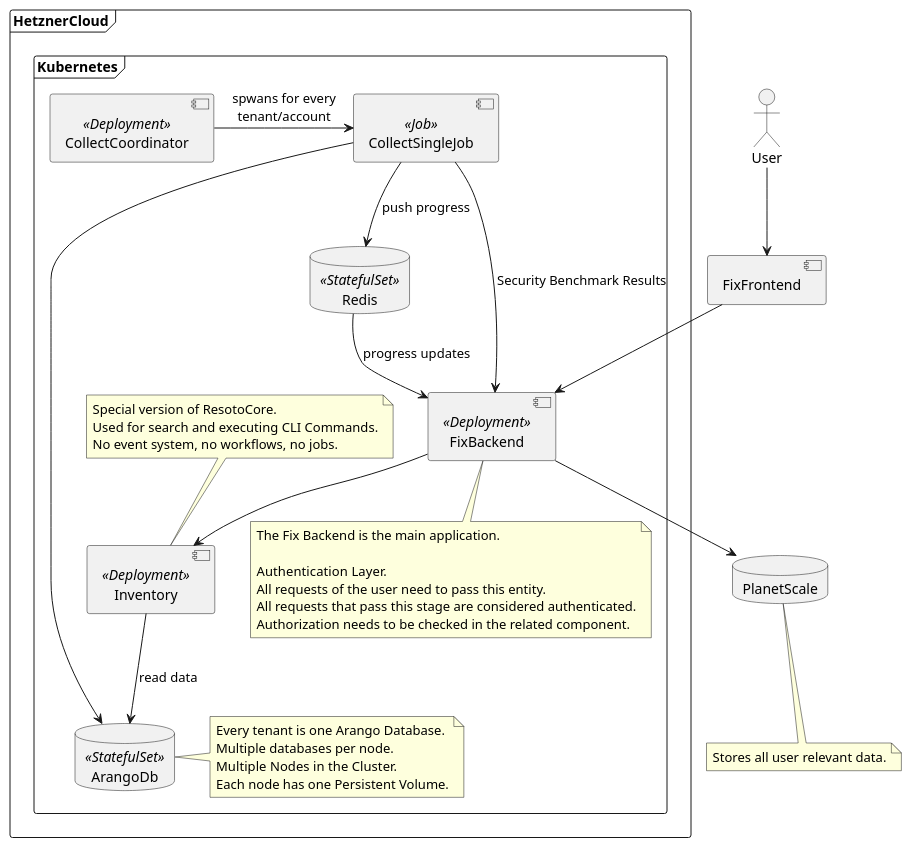
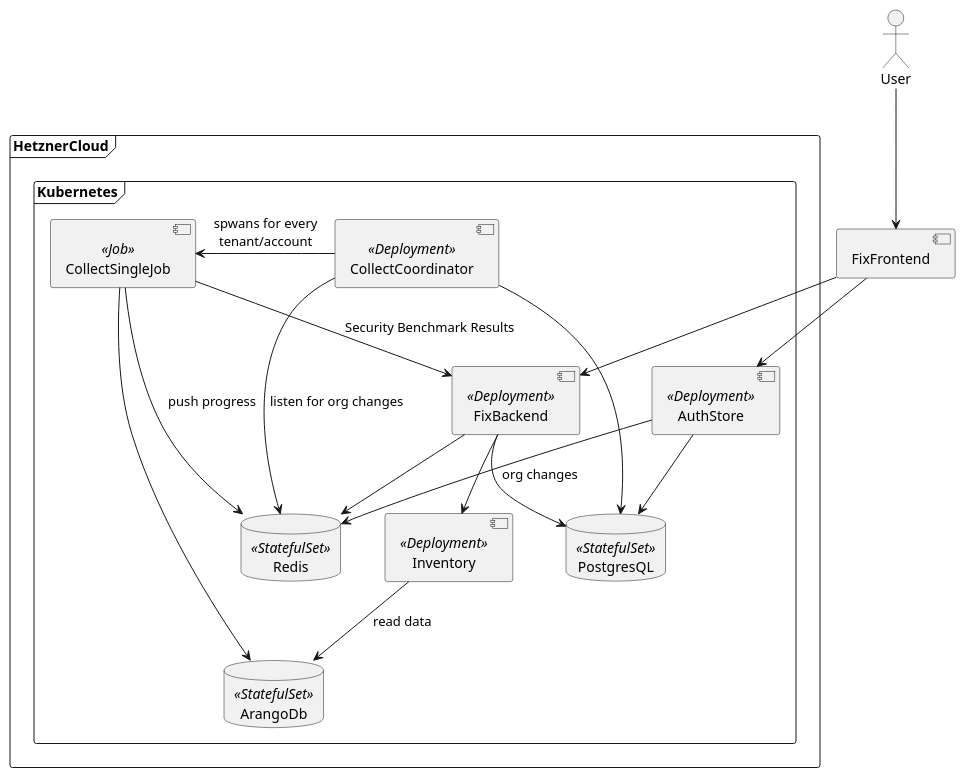
One commit to someengineering/fix-collect-coordinator changed the first of 2 diagrams in collect.puml. Above: the diagram before and after it, drawn with PlantUML. The commit also changed 4 other files, not shown here.

```diff
--- a/collect.puml
+++ b/collect.puml
@@ -1,67 +1,51 @@
 @startuml
 
 actor User
 
 component FixFrontend {
 }
 
 User --> FixFrontend
 
 
 frame HetznerCloud {
 
   frame Kubernetes {
 
+    component AuthStore <<Deployment>> {
+    }
     component FixBackend <<Deployment>> {
     }
-    note bottom of FixBackend
-      The Fix Backend is the main application.
-
-      Authentication Layer.
-      All requests of the user need to pass this entity.
-      All requests that pass this stage are considered authenticated.
-      Authorization needs to be checked in the related component.
-    end note
     component CollectCoordinator <<Deployment>> {
     }
     component CollectSingleJob <<Job>> {
     }
 
     database ArangoDb <<StatefulSet>> {
     }
-    note right of ArangoDb
-      Every tenant is one Arango Database.
-      Multiple databases per node.
-      Multiple Nodes in the Cluster.
-      Each node has one Persistent Volume.
-    end note
     database Redis <<StatefulSet>> {
+    }
+    database PostgresQL <<StatefulSet>> {
     }
     CollectCoordinator -> CollectSingleJob: spwans for every\ntenant/account
     CollectSingleJob --> ArangoDb
     CollectSingleJob --> Redis: push progress
     CollectSingleJob --> FixBackend: Security Benchmark Results
-    Redis --> FixBackend: progress updates
+    FixBackend --> Redis
+    AuthStore --> Redis: org changes
+    AuthStore --> PostgresQL
+    CollectCoordinator --> Redis: listen for org changes
+    CollectCoordinator --> PostgresQL
 
     component Inventory <<Deployment>> {
     }
-    note top of Inventory
-      Special version of ResotoCore.
-      Used for search and executing CLI Commands.
-      No event system, no workflows, no jobs.
-    end note
     Inventory --> ArangoDb: read data
   }
 }
-database PlanetScale {
-}
-note bottom of PlanetScale
-  Stores all user relevant data.
-end note
 
 
-
+FixFrontend --> AuthStore
 FixFrontend --> FixBackend
-FixBackend --> PlanetScale
+FixBackend --> PostgresQL
 FixBackend --> Inventory
 @enduml
```
